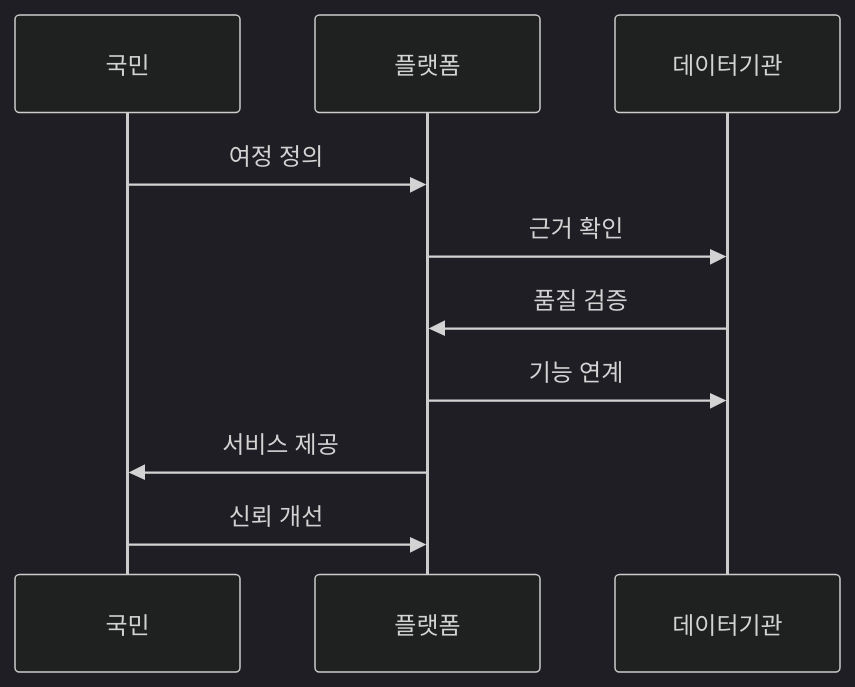
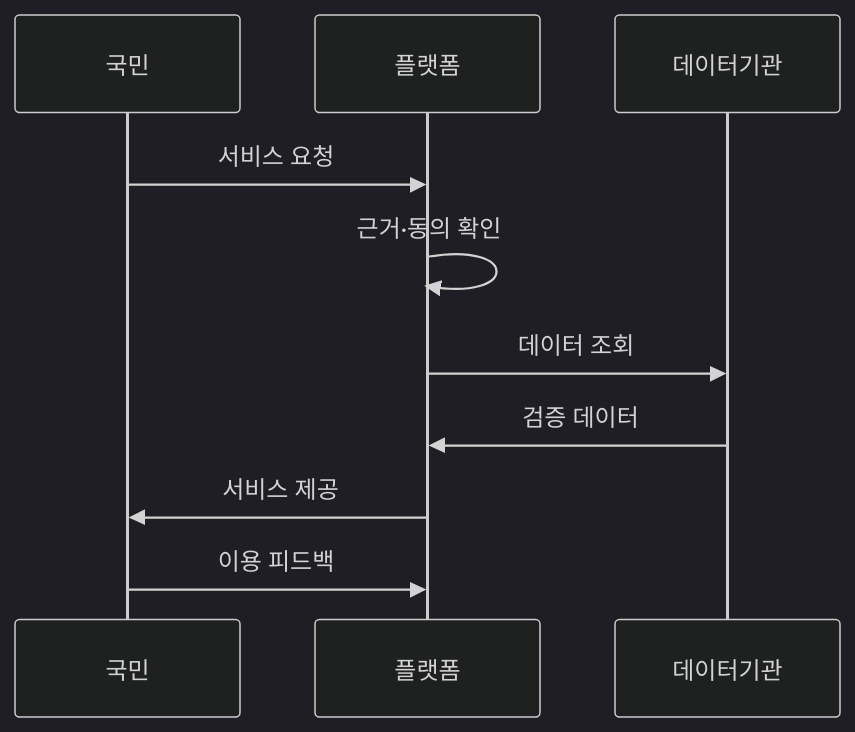
One commit to agnusdei1207/knowledge-base changed the second of 2 diagrams in src/content/docs/notes/07-law-policy/009_digital_platform_government.md. Above: the diagram before and after it, drawn with Mermaid (dark theme). The commit also changed other lines of this file and 7 other files, not shown here.

````diff
--- a/src/content/docs/notes/07-law-policy/009_digital_platform_government.md
+++ b/src/content/docs/notes/07-law-policy/009_digital_platform_government.md
@@ -83,12 +81,12 @@
 ```mermaid
 sequenceDiagram
     participant U as 국민
     participant P as 플랫폼
     participant D as 데이터기관
-    U->>P: 여정 정의
-    P->>D: 근거 확인
-    D->>P: 품질 검증
-    P->>D: 기능 연계
+    U->>P: 서비스 요청
+    P->>P: 근거·동의 확인
+    P->>D: 데이터 조회
+    D->>P: 검증 데이터
     P->>U: 서비스 제공
-    U->>P: 신뢰 개선
+    U->>P: 이용 피드백
 ```
````
